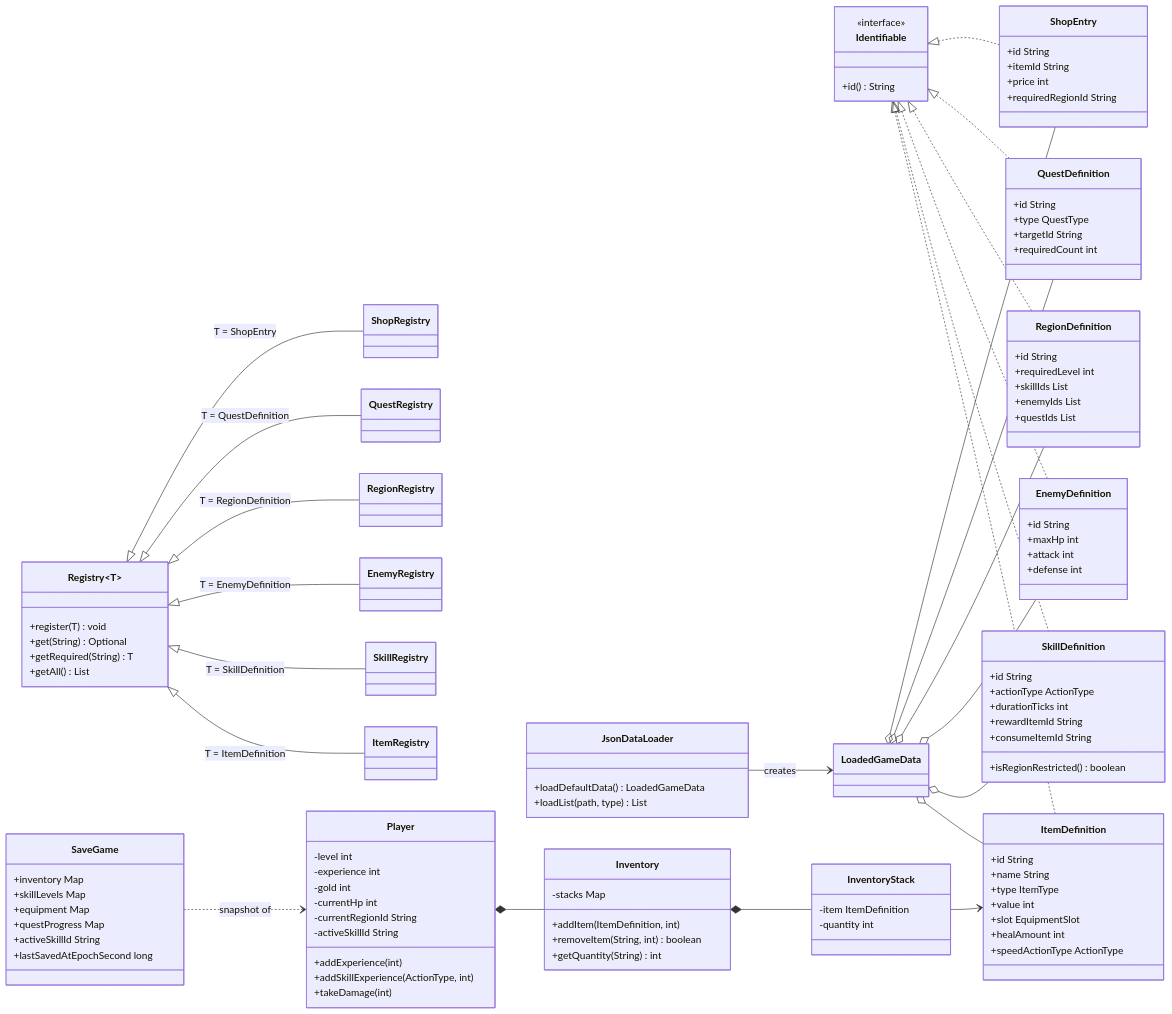
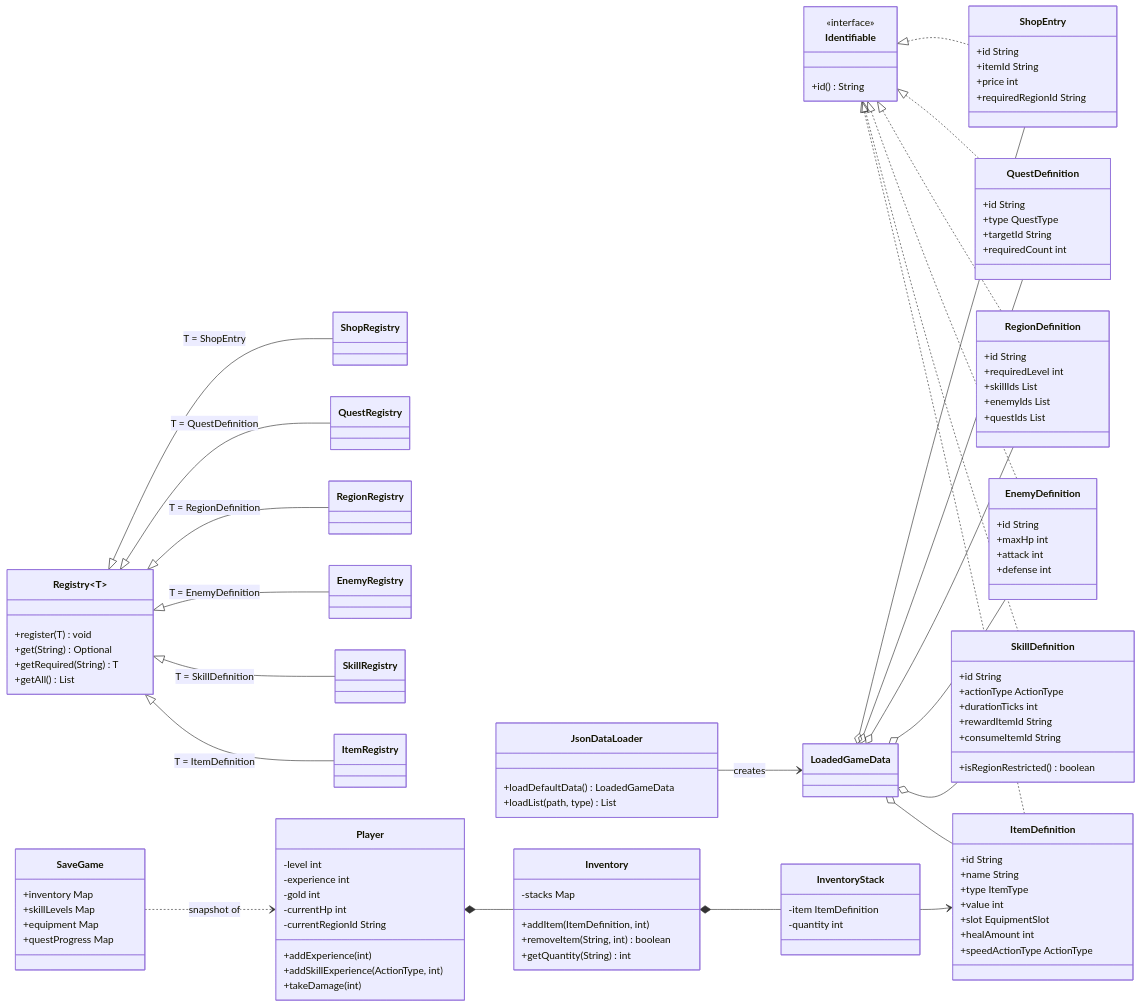
One commit to zxc123123106/Idle-RPG-Framework changed the second of 6 diagrams in REPORT.md. Above: the diagram before and after it, drawn with Mermaid. The commit also changed other lines of this file and 15 other files, not shown here.

```diff
--- a/REPORT.md
+++ b/REPORT.md
@@ -268,7 +268,6 @@
         -gold int
         -currentHp int
         -currentRegionId String
-        -activeSkillId String
         +addExperience(int)
         +addSkillExperience(ActionType, int)
         +takeDamage(int)
@@ -288,8 +287,6 @@
         +skillLevels Map
         +equipment Map
         +questProgress Map
-        +activeSkillId String
-        +lastSavedAtEpochSecond long
     }
 
     Player *-- Inventory
```
